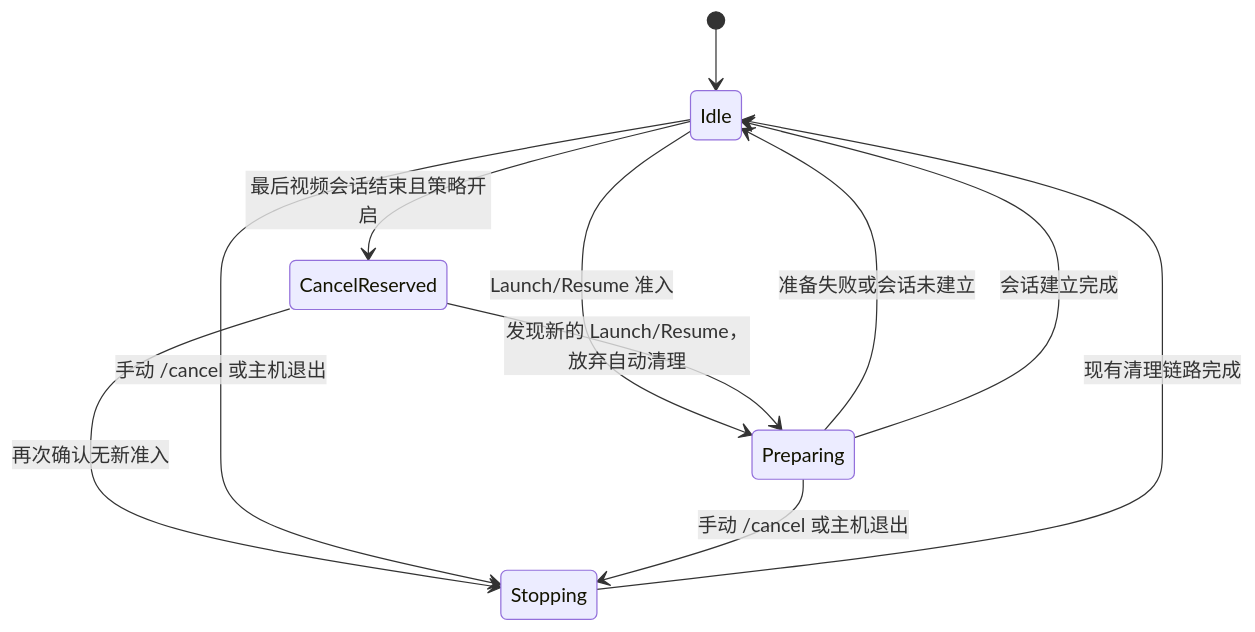
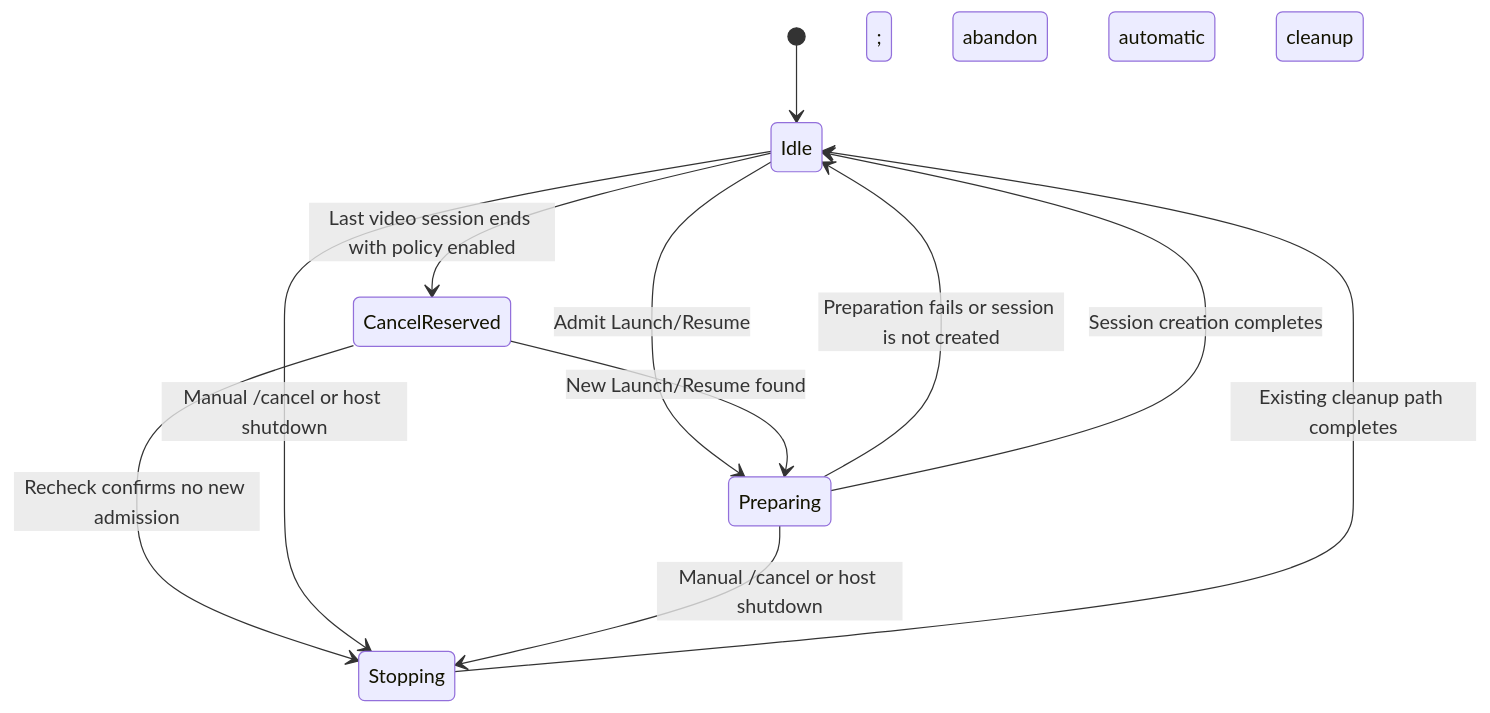
The first of 2 diagrams in docs/source/stream_lifecycle_coordinator_design.md (TimeZone-LLC/foundation-sunshine-english), drawn with Mermaid before and after one commit. The commit also changed other lines of this file and 103 other files, not shown here.

Commit message:
refactor(policy): finish hard-fork cleanup

````diff
--- a/docs/source/stream_lifecycle_coordinator_design.md
+++ b/docs/source/stream_lifecycle_coordinator_design.md
@@ -43,13 +43,13 @@
 ```mermaid
 stateDiagram-v2
     [*] --> Idle
-    Idle --> Preparing: Launch/Resume 准入
-    Preparing --> Idle: 准备失败或会话未建立
-    Preparing --> Idle: 会话建立完成
-    Idle --> CancelReserved: 最后视频会话结束且策略开启
-    CancelReserved --> Preparing: 发现新的 Launch/Resume，放弃自动清理
-    CancelReserved --> Stopping: 再次确认无新准入
-    Stopping --> Idle: 现有清理链路完成
-    Idle --> Stopping: 手动 /cancel 或主机退出
-    Preparing --> Stopping: 手动 /cancel 或主机退出
+    Idle --> Preparing: Admit Launch/Resume
+    Preparing --> Idle: Preparation fails or session is not created
+    Preparing --> Idle: Session creation completes
+    Idle --> CancelReserved: Last video session ends with policy enabled
+    CancelReserved --> Preparing: New Launch/Resume found; abandon automatic cleanup
+    CancelReserved --> Stopping: Recheck confirms no new admission
+    Stopping --> Idle: Existing cleanup path completes
+    Idle --> Stopping: Manual /cancel or host shutdown
+    Preparing --> Stopping: Manual /cancel or host shutdown
 ```
````
